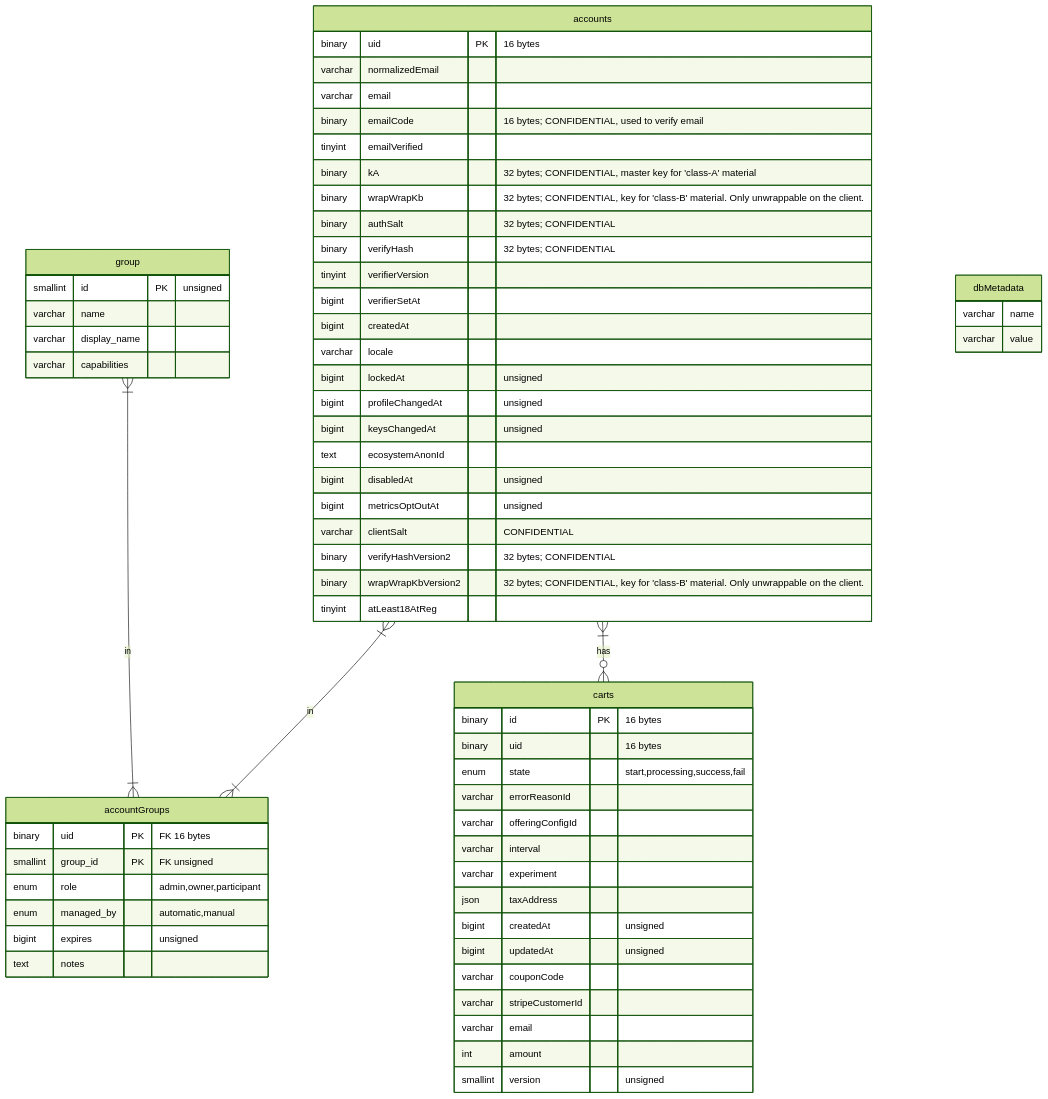
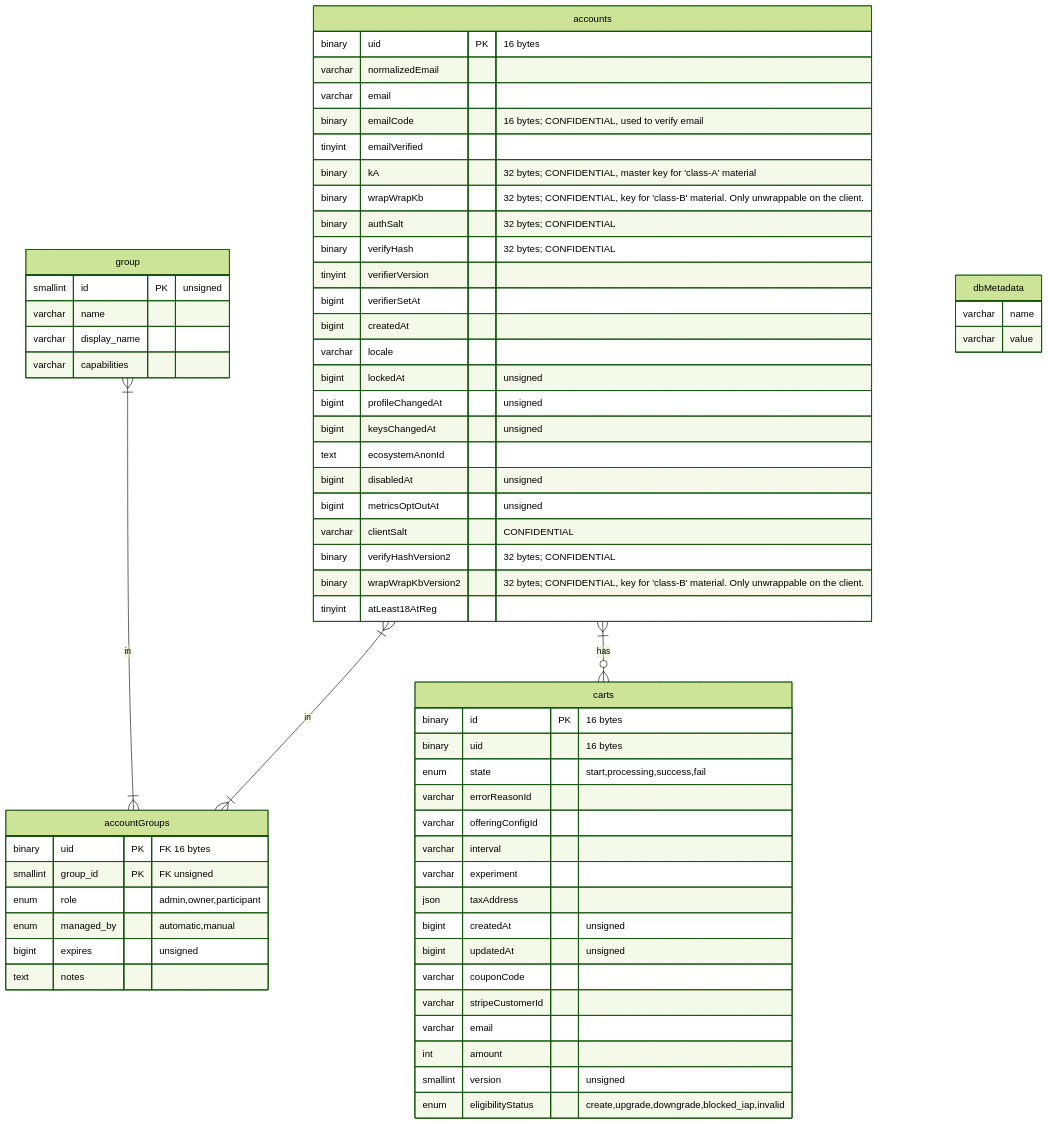
One commit to mozilla/ecosystem-platform changed the second of 18 diagrams in docs/reference/database-structure.md. Above: the diagram before and after it, drawn with Mermaid (forest theme). The commit also changed other lines of this file, not shown here.

````diff
--- a/docs/reference/database-structure.md
+++ b/docs/reference/database-structure.md
@@ -41,66 +41,67 @@
 ```mermaid
 erDiagram
     accounts {
         binary uid PK "16 bytes"
         varchar normalizedEmail
         varchar email
         binary emailCode "16 bytes; CONFIDENTIAL, used to verify email"
         tinyint emailVerified
         binary kA "32 bytes; CONFIDENTIAL, master key for 'class-A' material"
         binary wrapWrapKb "32 bytes; CONFIDENTIAL, key for 'class-B' material. Only unwrappable on the client."
         binary authSalt "32 bytes; CONFIDENTIAL"
         binary verifyHash "32 bytes; CONFIDENTIAL"
         tinyint verifierVersion
         bigint verifierSetAt
         bigint createdAt
         varchar locale
         bigint lockedAt "unsigned"
         bigint profileChangedAt "unsigned"
         bigint keysChangedAt "unsigned"
         text ecosystemAnonId
         bigint disabledAt "unsigned"
         bigint metricsOptOutAt "unsigned"
         varchar clientSalt "CONFIDENTIAL"
         binary verifyHashVersion2 "32 bytes; CONFIDENTIAL"
         binary wrapWrapKbVersion2 "32 bytes; CONFIDENTIAL, key for 'class-B' material. Only unwrappable on the client."
         tinyint atLeast18AtReg
     }
     accounts }|--|{ accountGroups: in
     group }|--|{ accountGroups: in
     accountGroups {
         binary uid PK "FK 16 bytes"
         smallint group_id PK "FK unsigned"
         enum role "admin,owner,participant"
         enum managed_by "automatic,manual"
         bigint expires "unsigned"
         text notes
     }
     accounts }|--o{ carts: has
     carts {
         binary id PK "16 bytes"
         binary uid "16 bytes"
         enum state "start,processing,success,fail"
         varchar errorReasonId
         varchar offeringConfigId
         varchar interval
         varchar experiment
         json taxAddress
         bigint createdAt "unsigned"
         bigint updatedAt "unsigned"
         varchar couponCode
         varchar stripeCustomerId
         varchar email
         int amount
         smallint version "unsigned"
+        enum eligibilityStatus "create,upgrade,downgrade,blocked_iap,invalid"
     }
     dbMetadata {
         varchar name
         varchar value
     }
     group {
         smallint id PK "unsigned"
         varchar name
         varchar display_name
         varchar capabilities
     }
 ```
````
